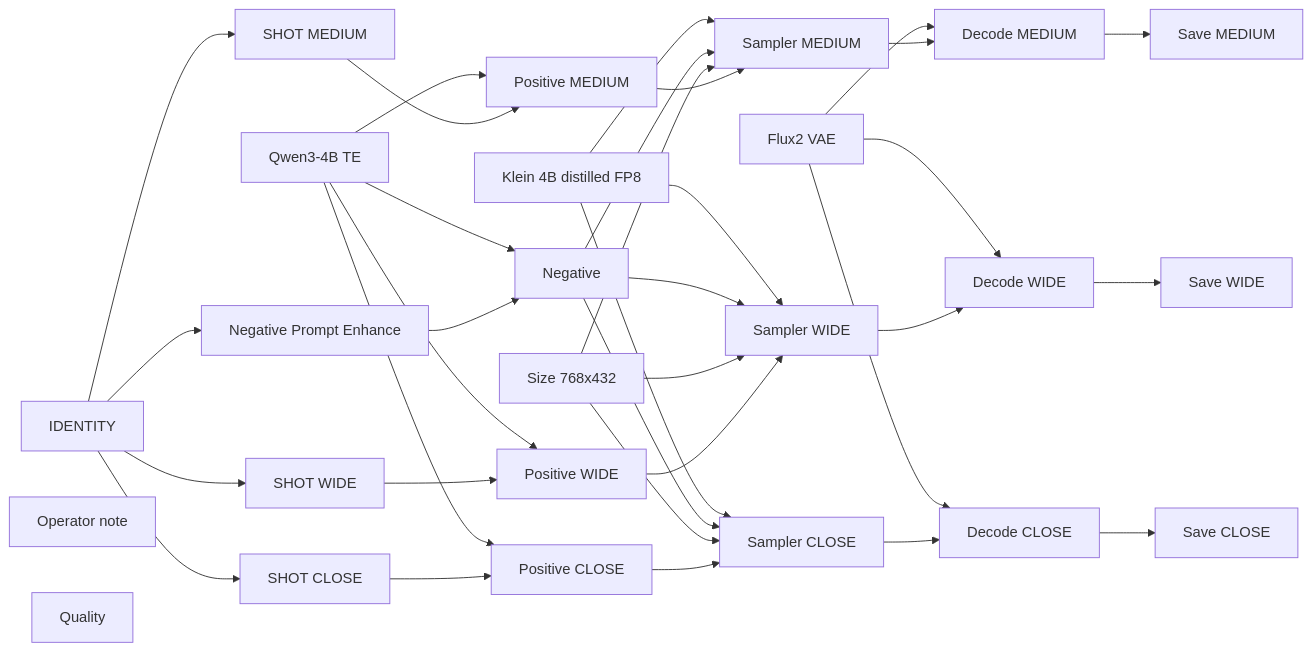
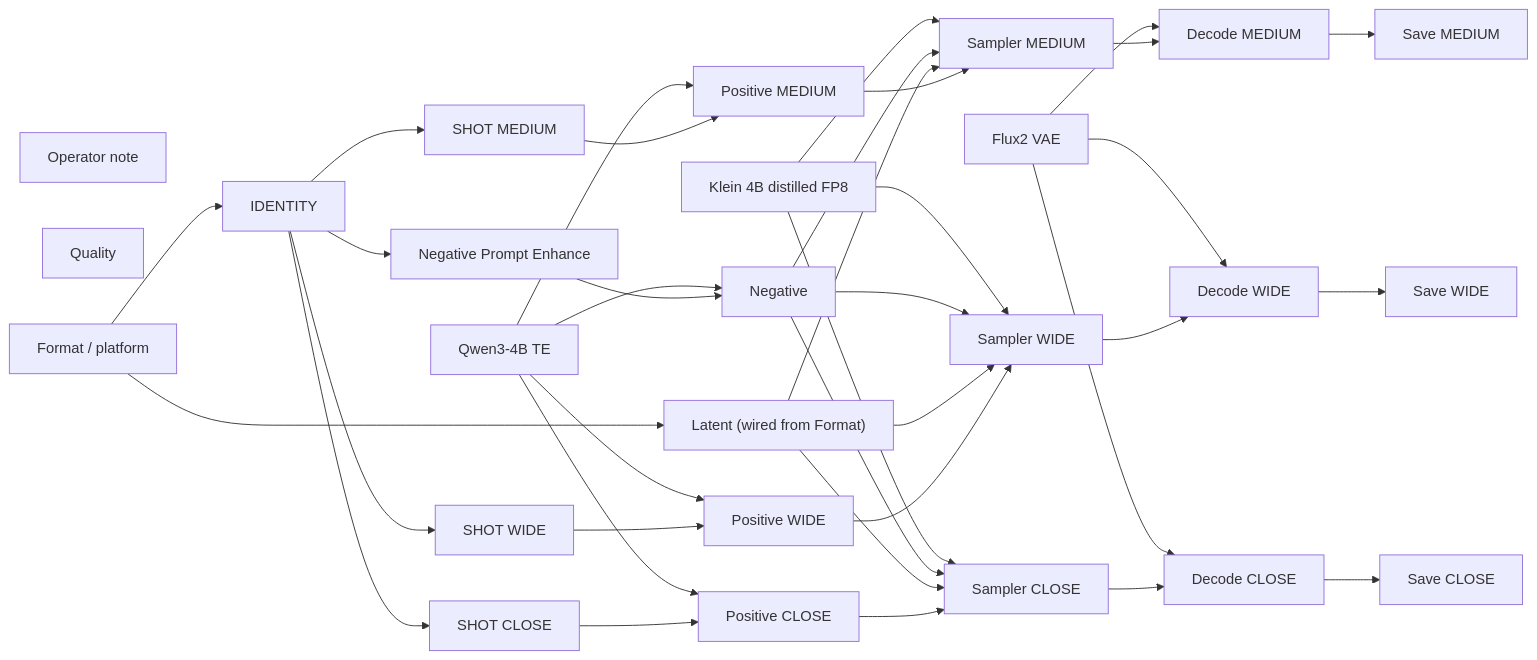
The diagram in docs/generated/workflows/klein/camera-angles.md (toxicoder/ez-comfy-stack), drawn with Mermaid before and after one commit. The commit also changed other lines of this file and 312 other files, not shown here.

First line of the commit message:
feat: Format / platform on Klein, Wan, and LTX Apps

````diff
--- a/docs/generated/workflows/klein/camera-angles.md
+++ b/docs/generated/workflows/klein/camera-angles.md
@@ -50,60 +52,63 @@
 ```mermaid
 flowchart LR
   N1["Klein 4B distilled FP8"]
   N2["Qwen3-4B TE"]
   N3["Flux2 VAE"]
   N4["IDENTITY"]
   N5["Negative"]
-  N6["Size 768x432"]
+  N6["Latent (wired from Format)"]
   N7["Operator note"]
   N10["SHOT MEDIUM"]
   N11["Positive MEDIUM"]
   N12["Sampler MEDIUM"]
   N13["Decode MEDIUM"]
   N14["Save MEDIUM"]
   N16["SHOT WIDE"]
   N17["Positive WIDE"]
   N18["Sampler WIDE"]
   N19["Decode WIDE"]
   N20["Save WIDE"]
   N22["SHOT CLOSE"]
   N23["Positive CLOSE"]
   N24["Sampler CLOSE"]
   N25["Decode CLOSE"]
   N26["Save CLOSE"]
   N27["Negative Prompt Enhance"]
   N28["Quality"]
+  N29["Format / platform"]
   N1 --> N12
   N1 --> N18
   N1 --> N24
   N2 --> N5
   N2 --> N11
   N2 --> N17
   N2 --> N23
   N3 --> N13
   N3 --> N19
   N3 --> N25
   N4 --> N10
   N4 --> N16
   N4 --> N22
   N4 --> N27
   N5 --> N12
   N5 --> N18
   N5 --> N24
   N6 --> N12
   N6 --> N18
   N6 --> N24
   N10 --> N11
   N11 --> N12
   N12 --> N13
   N13 --> N14
   N16 --> N17
   N17 --> N18
   N18 --> N19
   N19 --> N20
   N22 --> N23
   N23 --> N24
   N24 --> N25
   N25 --> N26
   N27 --> N5
+  N29 --> N6
+  N29 --> N4
 ```
````
